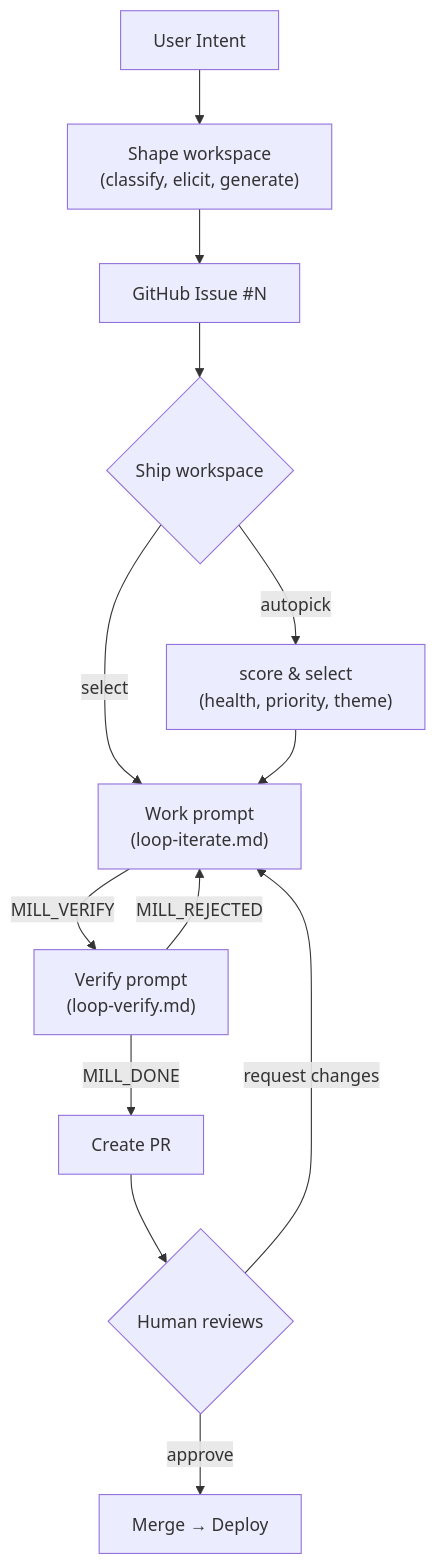
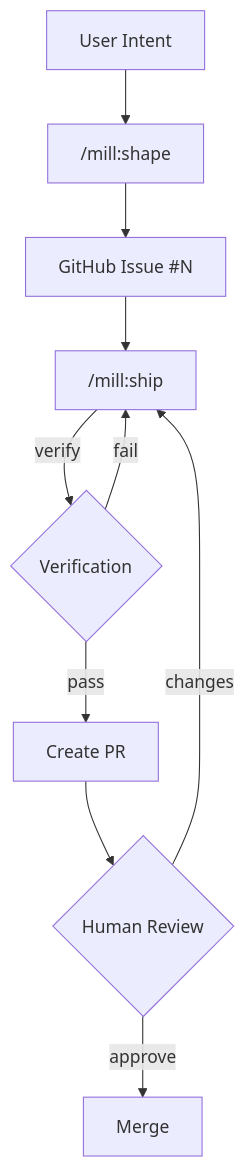
One commit to mindrevolution/mill changed the diagram in AGENTS.md. Above: the diagram before and after it, drawn with Mermaid. The commit also changed other lines of this file and 194 other files, not shown here.

````diff
--- a/AGENTS.md
+++ b/AGENTS.md
@@ -153,15 +67,12 @@
 ```mermaid
 flowchart TD
-    A[User Intent] --> B["Shape workspace<br>(classify, elicit, generate)"]
+    A[User Intent] --> B["/mill:shape"]
     B --> C["GitHub Issue #N"]
-    C --> D{"Ship workspace"}
-    D -->|"select"| E["Work prompt<br>(loop-iterate.md)"]
-    D -->|"autopick"| F["score & select<br>(health, priority, theme)"]
-    F --> E
-    E -->|MILL_VERIFY| G["Verify prompt<br>(loop-verify.md)"]
-    G -->|MILL_REJECTED| E
-    G -->|MILL_DONE| H["Create PR"]
-    H --> I{Human reviews}
-    I -->|approve| J[Merge → Deploy]
-    I -->|request changes| E
+    C --> D["/mill:ship"]
+    D -->|verify| E{Verification}
+    E -->|pass| F["Create PR"]
+    E -->|fail| D
+    F --> G{Human Review}
+    G -->|approve| H[Merge]
+    G -->|changes| D
 ```
````
